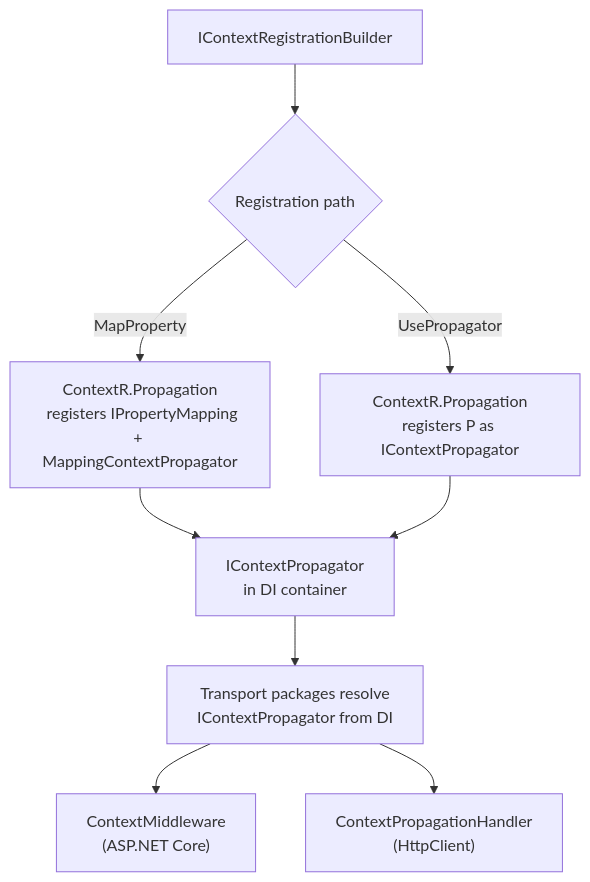
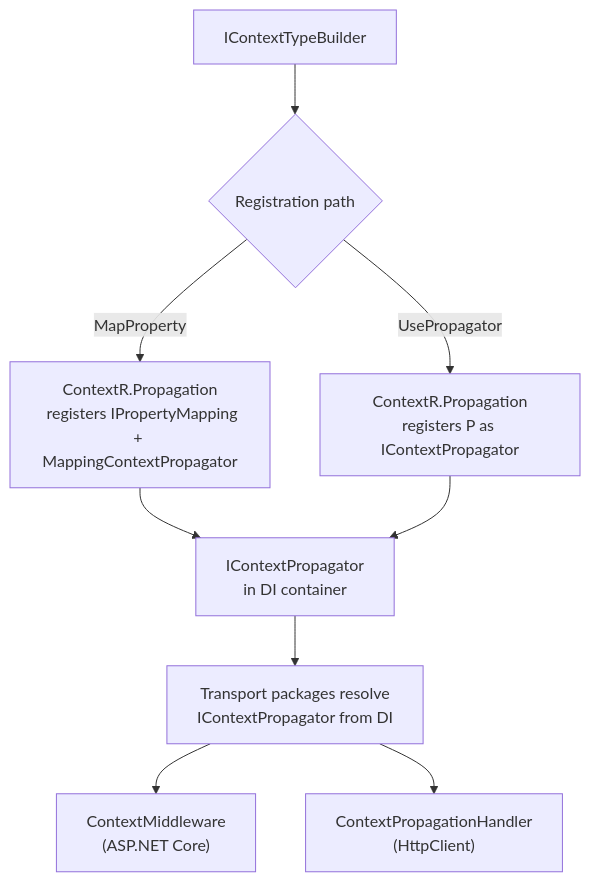
One commit to arttonoyan/ContextR changed the seventh of 8 diagrams in docs/ARCHITECTURE.md. Above: the diagram before and after it, drawn with Mermaid. The commit also changed other lines of this file and 49 other files, not shown here.

````diff
--- a/docs/ARCHITECTURE.md
+++ b/docs/ARCHITECTURE.md
@@ -460,13 +460,13 @@
 ```mermaid
 flowchart TD
-    A["IContextRegistrationBuilder<T>"] --> B{"Registration path"}
+    A["IContextTypeBuilder<T>"] --> B{"Registration path"}
     B -- "MapProperty" --> C["ContextR.Propagation\n registers IPropertyMapping<T>\n+ MappingContextPropagator<T>"]
     B -- "UsePropagator<T,P>" --> D["ContextR.Propagation\nregisters P as IContextPropagator<T>"]
 
     C --> E["IContextPropagator<T>\nin DI container"]
     D --> E
 
     E --> F["Transport packages resolve\nIContextPropagator<T> from DI"]
     F --> G["ContextMiddleware<T>\n(ASP.NET Core)"]
     F --> H["ContextPropagationHandler<T>\n(HttpClient)"]
 ```
````
